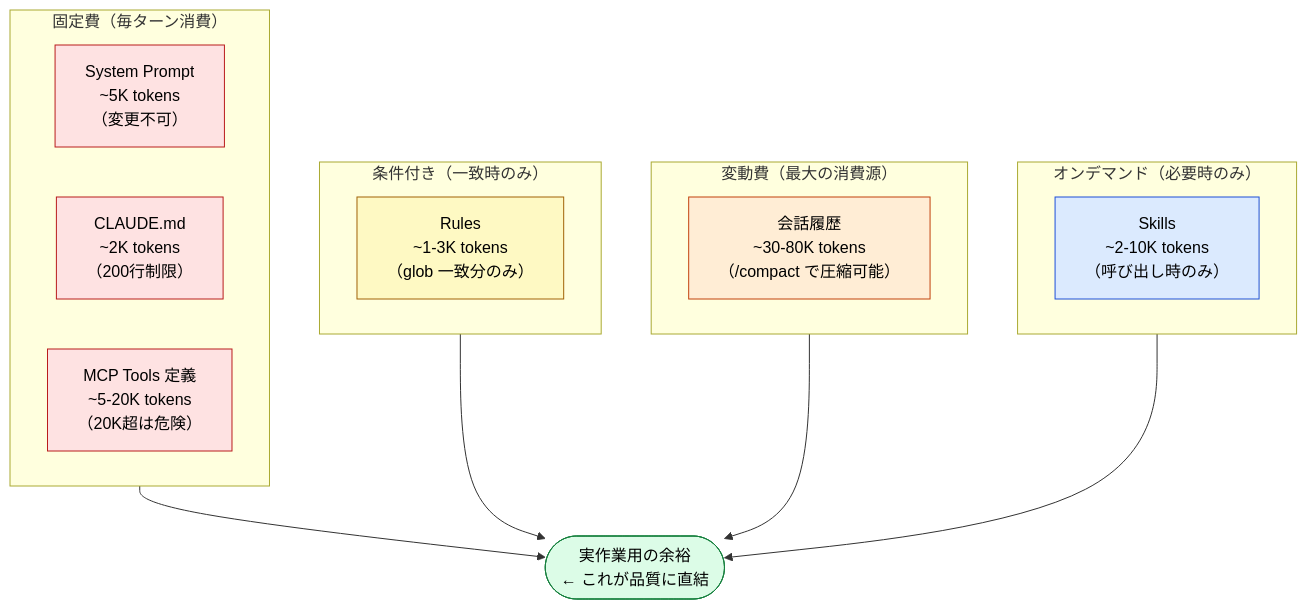
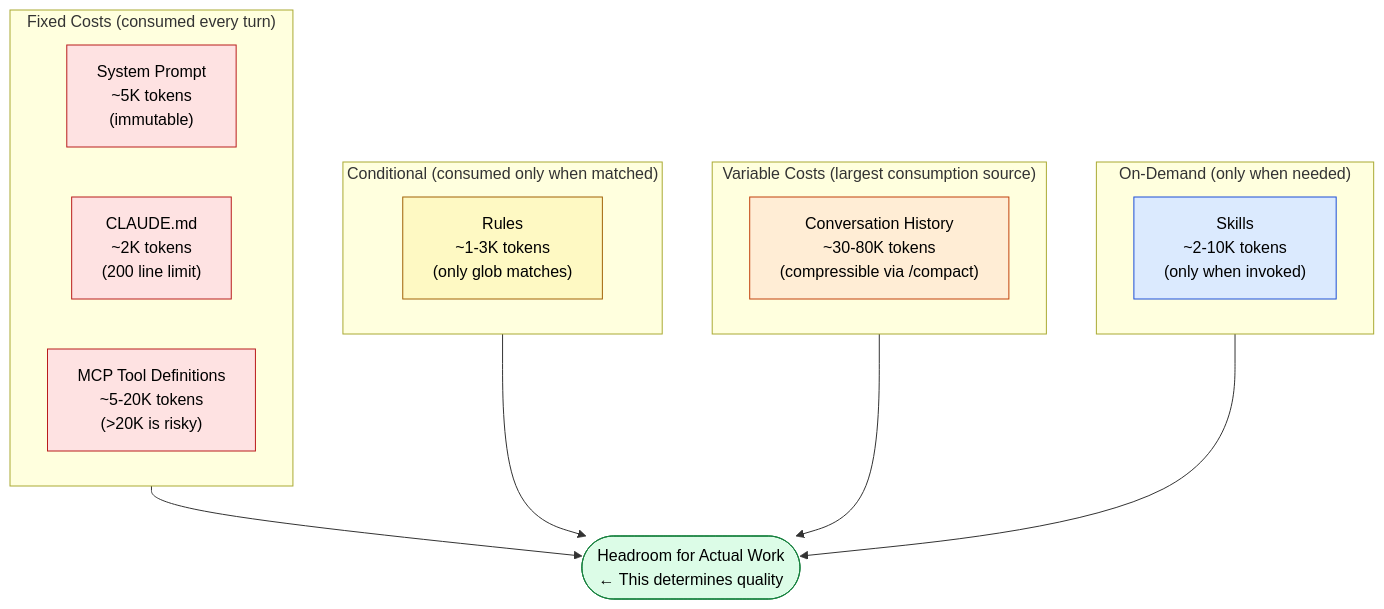
One commit to shuji-bonji/understanding-llm-through-claude-code changed the diagram in docs/02-context-window/context-budget.md. Above: the diagram before and after it, drawn with Mermaid. The commit also changed other lines of this file and 100 other files, not shown here.

````diff
--- a/docs/02-context-window/context-budget.md
+++ b/docs/02-context-window/context-budget.md
@@ -21,35 +23,35 @@
 ```mermaid
 flowchart TD
-    subgraph FIXED ["固定費（毎ターン消費）"]
-        SP["System Prompt<br>~5K tokens<br>（変更不可）"]
-        CM["CLAUDE.md<br>~2K tokens<br>（200行制限）"]
-        MCP["MCP Tools 定義<br>~5-20K tokens<br>（20K超は危険）"]
+    subgraph FIXED ["Fixed Costs (consumed every turn)"]
+        SP["System Prompt<br>~5K tokens<br>(immutable)"]
+        CM["CLAUDE.md<br>~2K tokens<br>(200 line limit)"]
+        MCP["MCP Tool Definitions<br>~5-20K tokens<br>(>20K is risky)"]
     end
 
-    subgraph CONDITIONAL ["条件付き（一致時のみ）"]
-        RL["Rules<br>~1-3K tokens<br>（glob 一致分のみ）"]
+    subgraph CONDITIONAL ["Conditional (consumed only when matched)"]
+        RL["Rules<br>~1-3K tokens<br>(only glob matches)"]
     end
 
-    subgraph VARIABLE ["変動費（最大の消費源）"]
-        CH["会話履歴<br>~30-80K tokens<br>（/compact で圧縮可能）"]
+    subgraph VARIABLE ["Variable Costs (largest consumption source)"]
+        CH["Conversation History<br>~30-80K tokens<br>(compressible via /compact)"]
     end
 
-    subgraph ONDEMAND ["オンデマンド（必要時のみ）"]
-        SK["Skills<br>~2-10K tokens<br>（呼び出し時のみ）"]
+    subgraph ONDEMAND ["On-Demand (only when needed)"]
+        SK["Skills<br>~2-10K tokens<br>(only when invoked)"]
     end
 
-    FREE(["実作業用の余裕<br>← これが品質に直結"])
+    FREE(["Headroom for Actual Work<br>← This determines quality"])
 
     FIXED --> FREE
     CONDITIONAL --> FREE
     VARIABLE --> FREE
     ONDEMAND --> FREE
 
     style SP fill:#fee2e2,stroke:#b91c1c,color:#000
     style CM fill:#fee2e2,stroke:#b91c1c,color:#000
     style MCP fill:#fee2e2,stroke:#b91c1c,color:#000
     style RL fill:#fef9c3,stroke:#a16207,color:#000
     style CH fill:#ffedd5,stroke:#c2410c,color:#000
     style SK fill:#dbeafe,stroke:#1d4ed8,color:#000
     style FREE fill:#dcfce7,stroke:#15803d,color:#000
 ```
````
